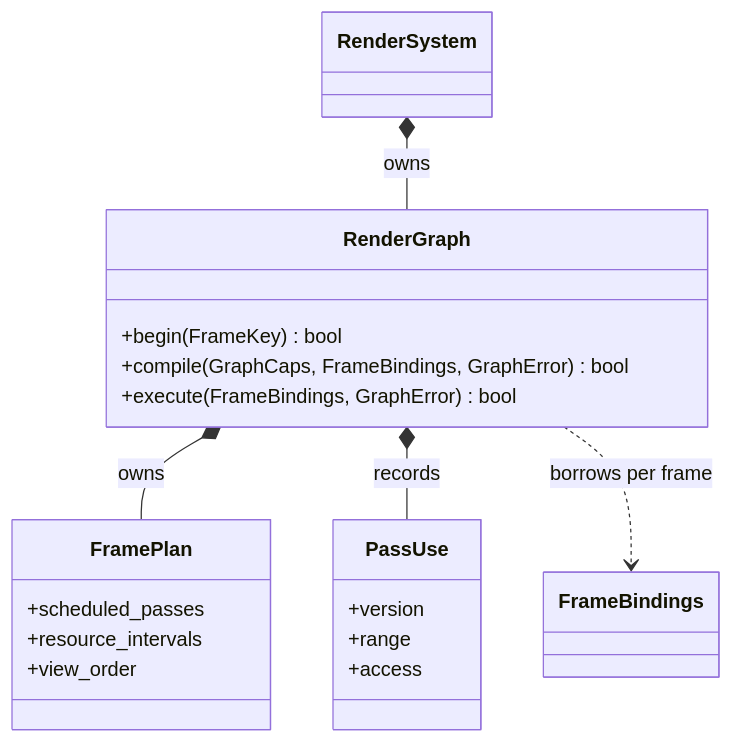
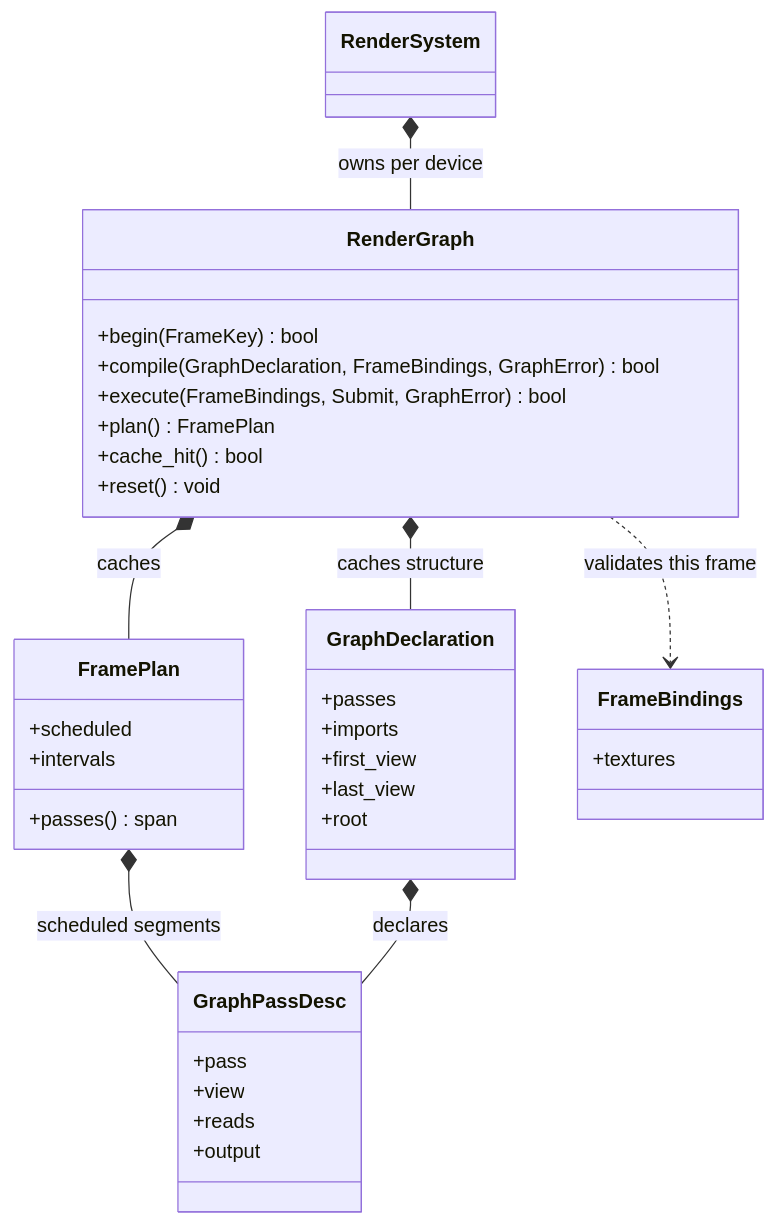
One commit to lcgamedevelop/Engine changed the first of 2 diagrams in docs/runtime/class-diagrams/render-graph.md. Above: the diagram before and after it, drawn with Mermaid. The commit also changed other lines of this file and 16 other files, not shown here.

Commit message:
feat(render): schedule HDR and Bloom with a cached render graph

````diff
--- a/docs/runtime/class-diagrams/render-graph.md
+++ b/docs/runtime/class-diagrams/render-graph.md
@@ -15,25 +15,40 @@
 ```mermaid
 classDiagram
 direction TB
 class RenderSystem
 class RenderGraph {
   +begin(FrameKey) bool
-  +compile(GraphCaps, FrameBindings, GraphError) bool
-  +execute(FrameBindings, GraphError) bool
+  +compile(GraphDeclaration, FrameBindings, GraphError) bool
+  +execute(FrameBindings, Submit, GraphError) bool
+  +plan() FramePlan
+  +cache_hit() bool
+  +reset() void
 }
 class FramePlan {
-  +scheduled_passes
-  +resource_intervals
-  +view_order
+  +scheduled
+  +intervals
+  +passes() span
 }
-class PassUse {
-  +version
-  +range
-  +access
+class GraphDeclaration {
+  +passes
+  +imports
+  +first_view
+  +last_view
+  +root
 }
-class FrameBindings
-RenderSystem *-- RenderGraph : owns
-RenderGraph *-- FramePlan : owns
-RenderGraph *-- PassUse : records
-RenderGraph ..> FrameBindings : borrows per frame
+class GraphPassDesc {
+  +pass
+  +view
+  +reads
+  +output
+}
+class FrameBindings {
+  +textures
+}
+RenderSystem *-- RenderGraph : owns per device
+RenderGraph *-- FramePlan : caches
+RenderGraph *-- GraphDeclaration : caches structure
+RenderGraph ..> FrameBindings : validates this frame
+FramePlan *-- GraphPassDesc : scheduled segments
+GraphDeclaration *-- GraphPassDesc : declares
 ```
````
